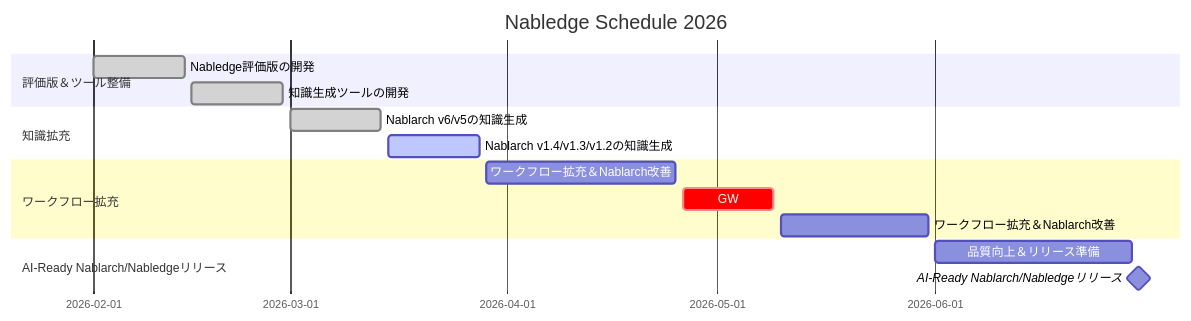
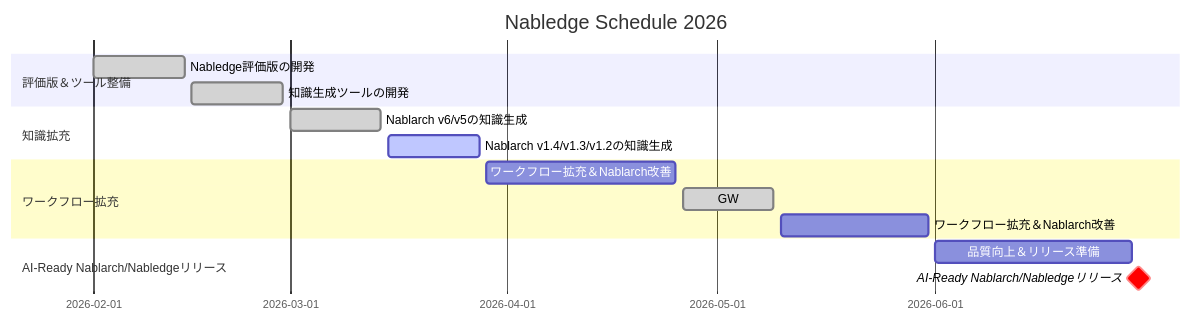
One commit to nablarch/nabledge-dev changed the diagram in docs/development-status.md. Above: the diagram before and after it, drawn with Mermaid. The commit also changed other lines of this file, not shown here.

Commit message:
docs: mark GW as done, highlight release milestone in red

````diff
--- a/docs/development-status.md
+++ b/docs/development-status.md
@@ -19,22 +19,22 @@
 ```mermaid
 gantt
     title Nabledge Schedule 2026
     dateFormat YYYY-MM-DD
 
     section 評価版＆ツール整備
     Nabledge評価版の開発             :done, 2026-02-01, 2026-02-14
     知識生成ツールの開発             :done, 2026-02-15, 2026-02-28
 
     section 知識拡充
     Nablarch v6/v5の知識生成        :done, 2026-03-01, 2026-03-14
     Nablarch v1.4/v1.3/v1.2の知識生成 :active, 2026-03-15, 2026-03-28
 
     section ワークフロー拡充
     ワークフロー拡充＆Nablarch改善    :2026-03-29, 2026-04-25
-    GW                             :crit, 2026-04-26, 2026-05-09
+    GW                             :done, 2026-04-26, 2026-05-09
     ワークフロー拡充＆Nablarch改善    :2026-05-10, 2026-05-31
 
     section AI-Ready Nablarch/Nabledgeリリース
     品質向上＆リリース準備                        :2026-06-01, 2026-06-29
-    AI-Ready Nablarch/Nabledgeリリース          :milestone, 2026-06-30, 0d
+    AI-Ready Nablarch/Nabledgeリリース          :crit, milestone, 2026-06-30, 0d
 ```
````
